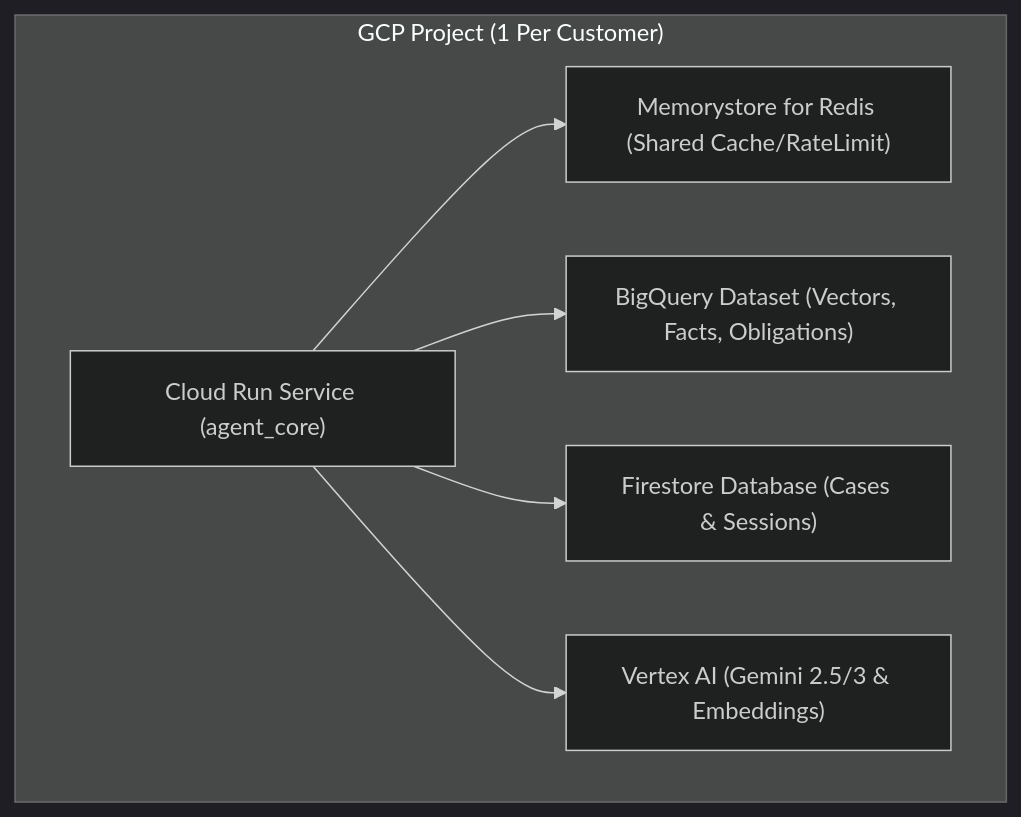
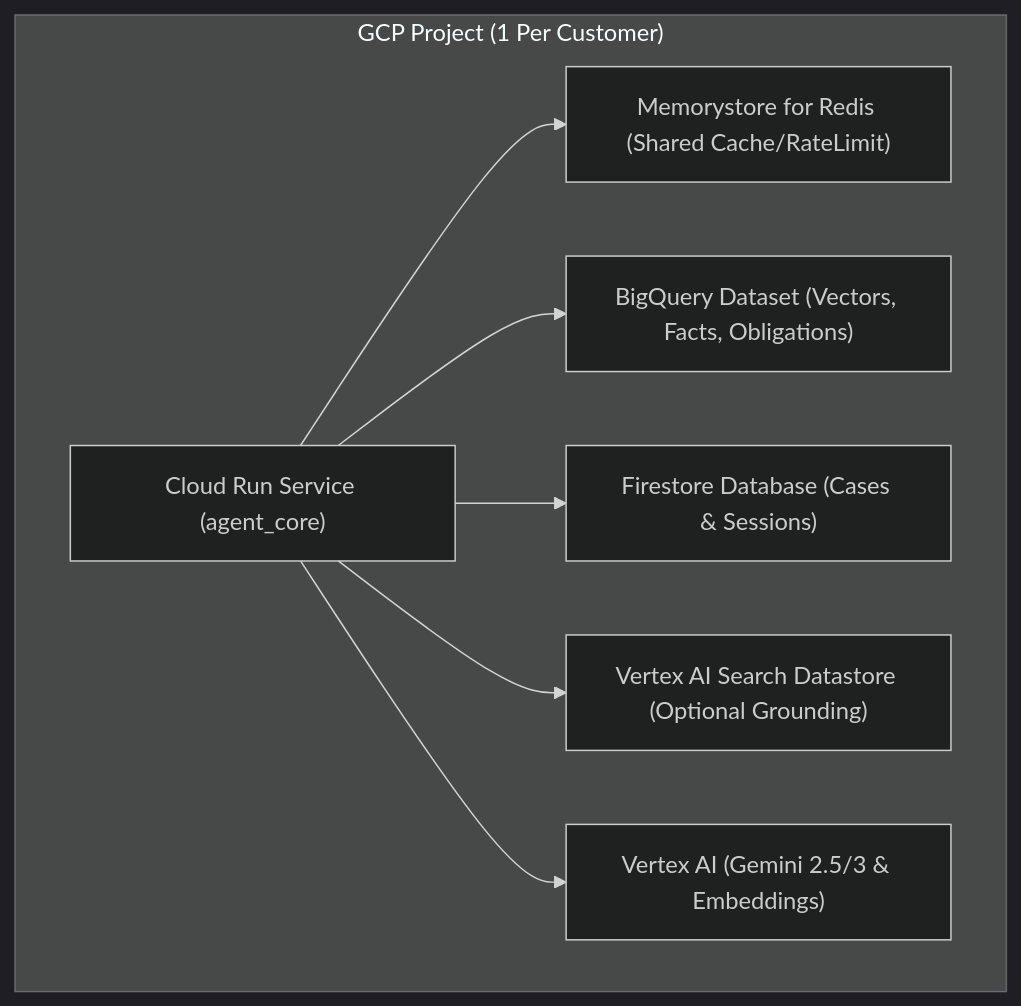
Before and after one commit to TrongDucLuu/enterprise-multi-agent-platform: the second of 3 diagrams in Technical_Specification.md, drawn with Mermaid (dark theme). The commit also changed other lines of this file and 6 other files, not shown here.

Commit message:
feat(rag): add native Vertex AI Search grounding adapter and dual-engine RAG support

````diff
--- a/Technical_Specification.md
+++ b/Technical_Specification.md
@@ -208,15 +219,17 @@
 ```mermaid
 graph TB
     subgraph CustomerProject ["GCP Project (1 Per Customer)"]
         CloudRun["Cloud Run Service (agent_core)"]
         Redis["Memorystore for Redis (Shared Cache/RateLimit)"]
         BigQuery["BigQuery Dataset (Vectors, Facts, Obligations)"]
         Firestore["Firestore Database (Cases & Sessions)"]
+        VertexSearch["Vertex AI Search Datastore (Optional Grounding)"]
         VertexAI["Vertex AI (Gemini 2.5/3 & Embeddings)"]
         
         CloudRun --> Redis
         CloudRun --> BigQuery
         CloudRun --> Firestore
+        CloudRun --> VertexSearch
         CloudRun --> VertexAI
     end
 ```
````
